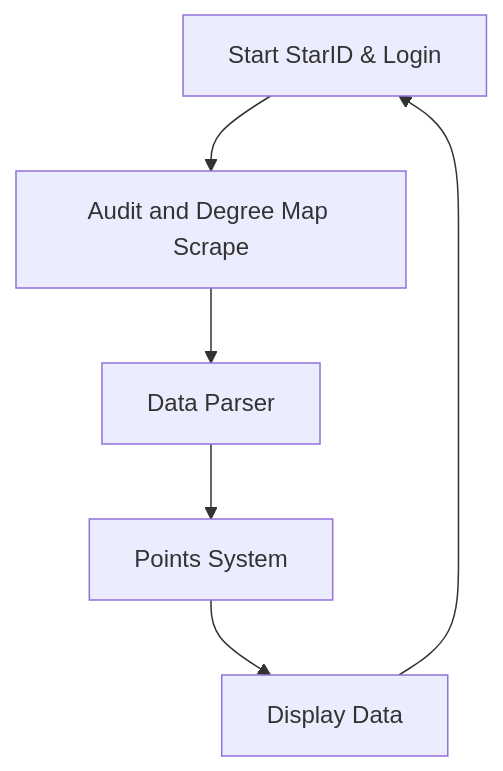
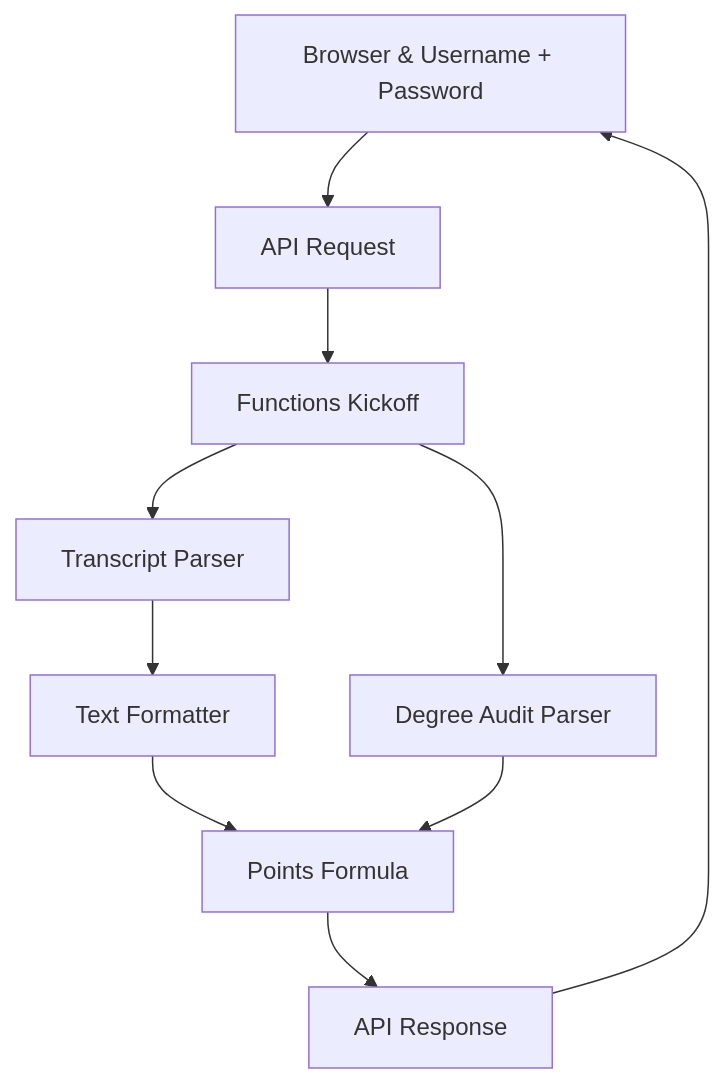
Before and after one commit to Computer-Science-Club-SCSU-University/byteme: the diagram in Hackathon Fall 2023 README Resources/Byte Me README.md, drawn with Mermaid. The commit also changed other lines of this file and 2 other files, not shown here.

````diff
--- a/Hackathon Fall 2023 README Resources/Byte Me README.md
+++ b/Hackathon Fall 2023 README Resources/Byte Me README.md
@@ -103,10 +59,14 @@
 ```mermaid
 
 graph TD;
-    StartStarIDLogin["Start StarID & Login"] --> AuditDegreeMapScrape["Audit and Degree Map Scrape"];
-    AuditDegreeMapScrape --> DataParser["Data Parser"];
-    DataParser --> PointsSystem["Points System"];
-    PointsSystem --> DisplayData["Display Data"];
-    DisplayData --> StartStarIDLogin;
+    A["Browser & Username + Password"] --> B["API Request"];
+    B --> C["Functions Kickoff"];
+    C --> D["Degree Audit Parser"];
+    C --> E["Transcript Parser"];
+    E --> F["Text Formatter"];
+    F --> G["Points Formula"];
+    D --> G
+    G --> H["API Response"]
+    H --> A
 
 ```
````
